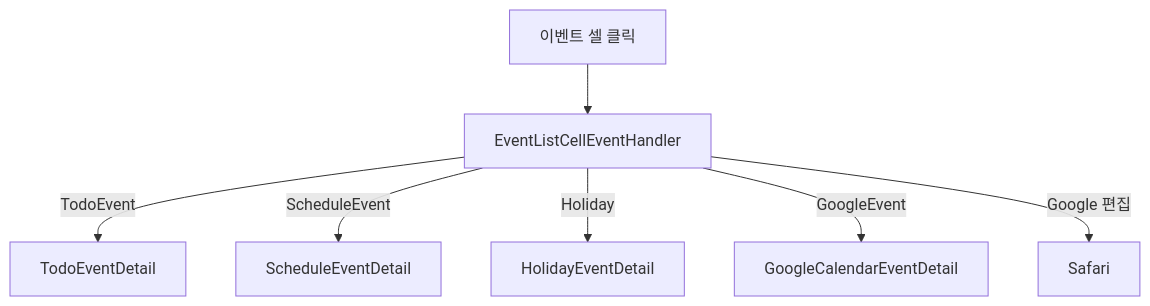
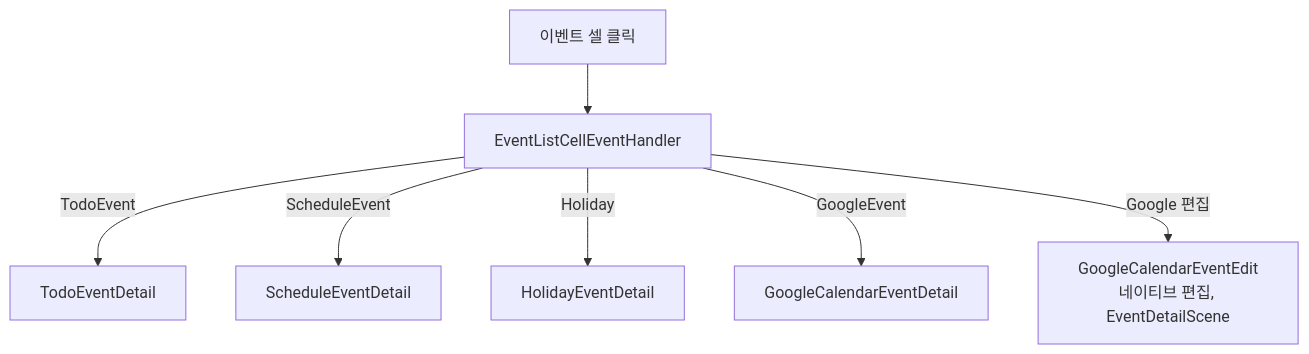
One commit to sudopark/TodoCalendar changed the third of 5 diagrams in Presentations/CalendarScenes/CLAUDE.md. Above: the diagram before and after it, drawn with Mermaid. The commit also changed 9 other files, not shown here.

````diff
--- a/Presentations/CalendarScenes/CLAUDE.md
+++ b/Presentations/CalendarScenes/CLAUDE.md
@@ -96,9 +96,9 @@
 ```mermaid
 graph TD
     Cell[이벤트 셀 클릭] --> ECH[EventListCellEventHandler]
     ECH -->|TodoEvent| TD[TodoEventDetail]
     ECH -->|ScheduleEvent| SD[ScheduleEventDetail]
     ECH -->|Holiday| HD[HolidayEventDetail]
     ECH -->|GoogleEvent| GD[GoogleCalendarEventDetail]
-    ECH -->|Google 편집| SF[Safari]
+    ECH -->|Google 편집| GE[GoogleCalendarEventEdit<br/>네이티브 편집, EventDetailScene]
 ```
````
